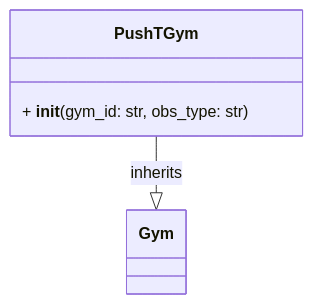
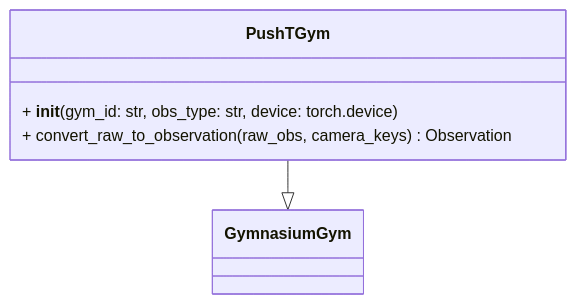
One commit to open-edge-platform/physical-ai-studio changed the diagram in library/docs/design/gyms/pusht.md. Above: the diagram before and after it, drawn with Mermaid. The commit also changed other lines of this file and 7 other files, not shown here.

````diff
--- a/library/docs/design/gyms/pusht.md
+++ b/library/docs/design/gyms/pusht.md
@@ -5,8 +5,9 @@
 ```mermaid
 classDiagram
     class PushTGym {
-        + __init__(gym_id: str, obs_type: str)
+        + __init__(gym_id: str, obs_type: str, device: torch.device)
+        + convert_raw_to_observation(raw_obs, camera_keys) Observation
     }
 
-    PushTGym --|> Gym : inherits
+    PushTGym --|> GymnasiumGym
 ```
````
